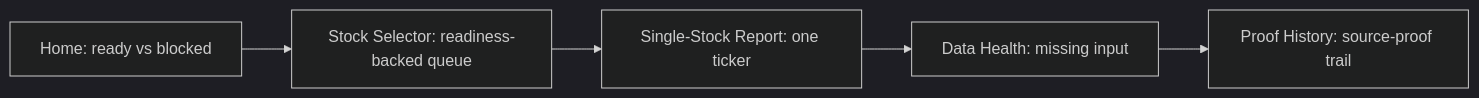
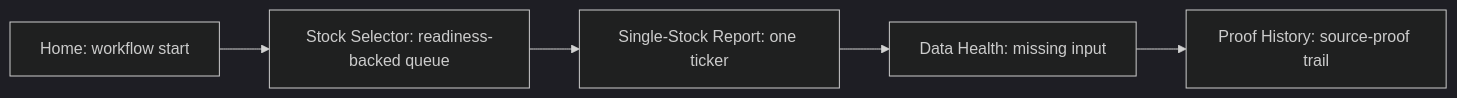
Before and after one commit to YuzeJ21/Stock-Analysis: the diagram in README.md, drawn with Mermaid (dark theme). The commit also changed other lines of this file and 10 other files, not shown here.

````diff
--- a/README.md
+++ b/README.md
@@ -23,7 +23,7 @@
 ```mermaid
 flowchart LR
-    Home["Home: ready vs blocked"] --> Selector["Stock Selector: readiness-backed queue"]
+    Home["Home: workflow start"] --> Selector["Stock Selector: readiness-backed queue"]
     Selector --> Report["Single-Stock Report: one ticker"]
     Report --> Health["Data Health: missing input"]
     Health --> Proof["Proof History: source-proof trail"]
 ```
````
